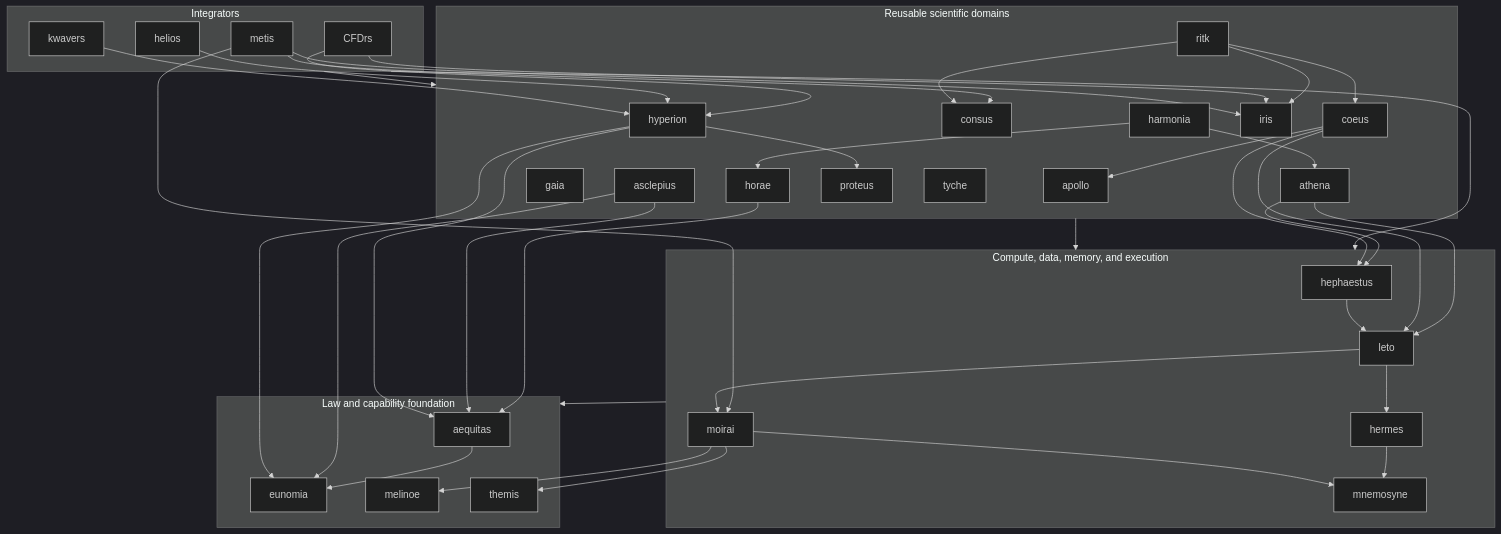
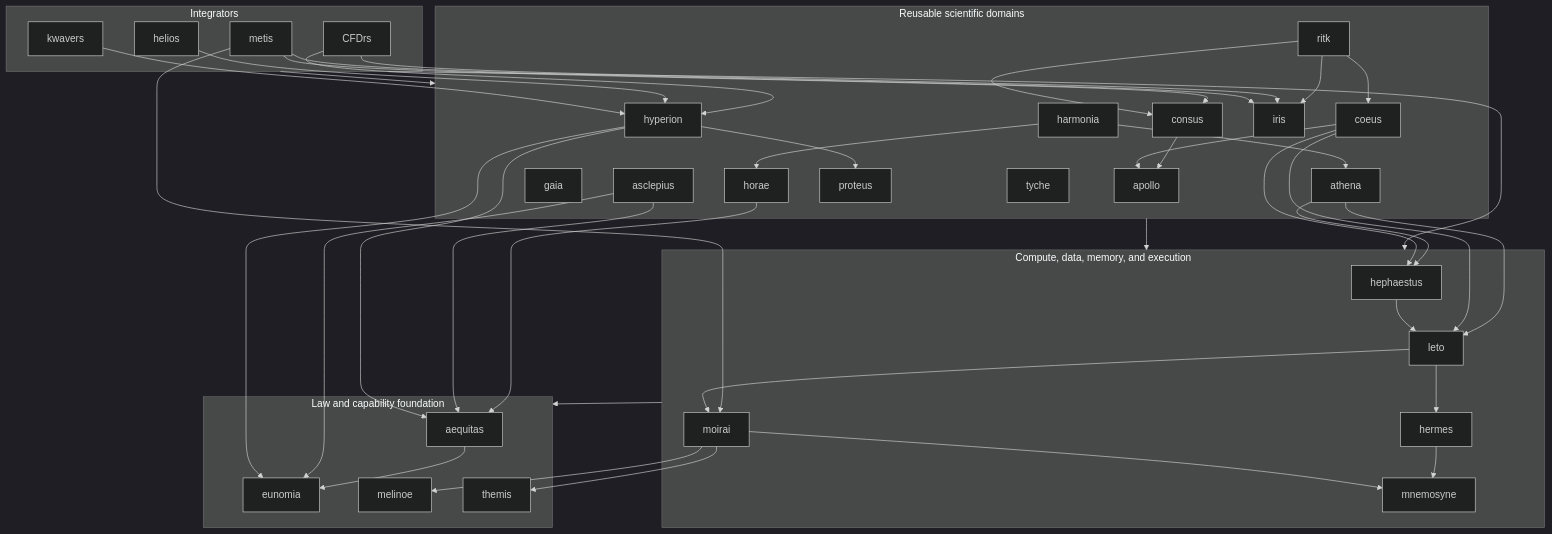
The diagram in README.md (ryancinsight/atlas), drawn with Mermaid (dark theme) before and after one commit. The commit also changed other lines of this file and 3 other files, not shown here.

````diff
--- a/README.md
+++ b/README.md
@@ -150,76 +150,77 @@
 ```mermaid
 flowchart TB
     subgraph Integrators
         CFDrs
         helios
         kwavers
         metis
     end
 
     subgraph Domains["Reusable scientific domains"]
         apollo
         asclepius
         coeus
         consus
         gaia
         harmonia
         hyperion
         horae
         iris
         athena
         proteus
         ritk
         tyche
     end
 
     subgraph Compute["Compute, data, memory, and execution"]
         hephaestus
         hermes
         leto
         mnemosyne
         moirai
     end
 
     subgraph Foundation["Law and capability foundation"]
         aequitas
         eunomia
         melinoe
         themis
     end
 
     Integrators --> Domains
     metis --> consus
     ritk --> consus
+    consus --> apollo
     Integrators --> Compute
     Domains --> Compute
     Compute --> Foundation
     aequitas --> eunomia
     horae --> aequitas
     athena --> leto
     athena --> hephaestus
     harmonia --> horae
     harmonia --> athena
     asclepius --> aequitas
     asclepius --> eunomia
     hyperion --> aequitas
     hyperion --> eunomia
     hyperion --> proteus
     CFDrs --> hyperion
     helios --> hyperion
     kwavers --> hyperion
     ritk --> iris
     CFDrs --> iris
     metis --> iris
     metis --> moirai
     coeus --> apollo
     coeus --> leto
     coeus --> hephaestus
     ritk --> coeus
     hephaestus --> leto
     leto --> hermes
     leto --> moirai
     hermes --> mnemosyne
     moirai --> mnemosyne
     moirai --> melinoe
     moirai --> themis
 ```
````
